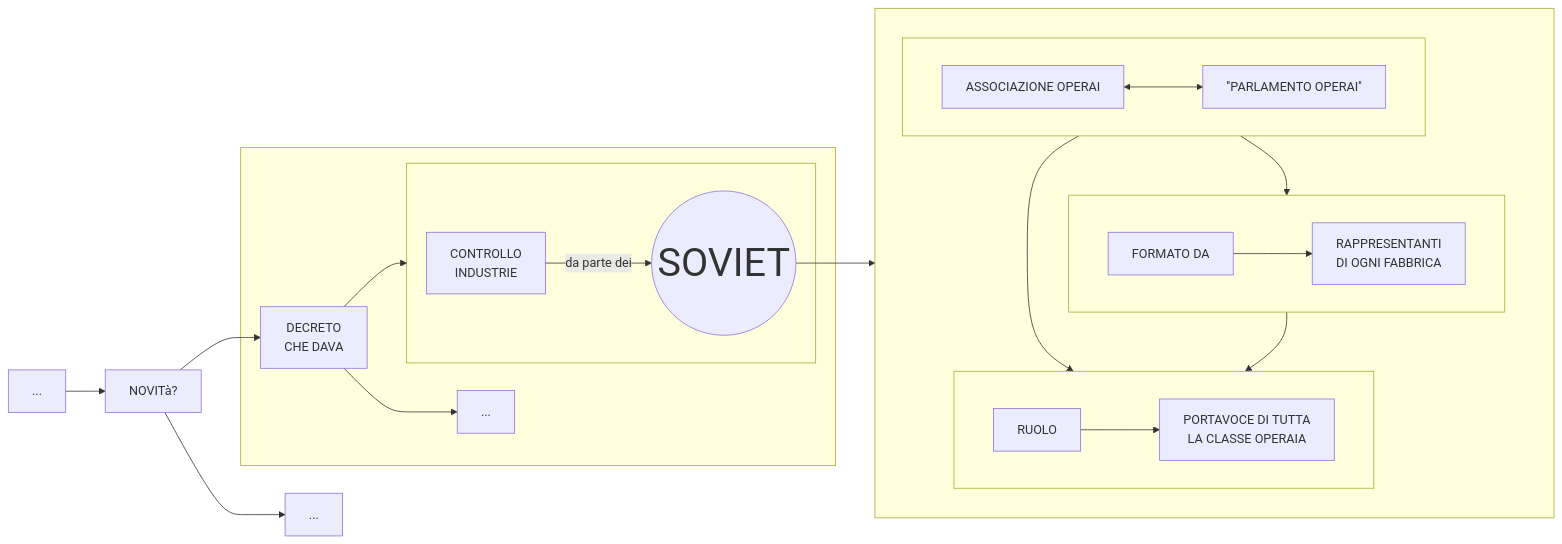
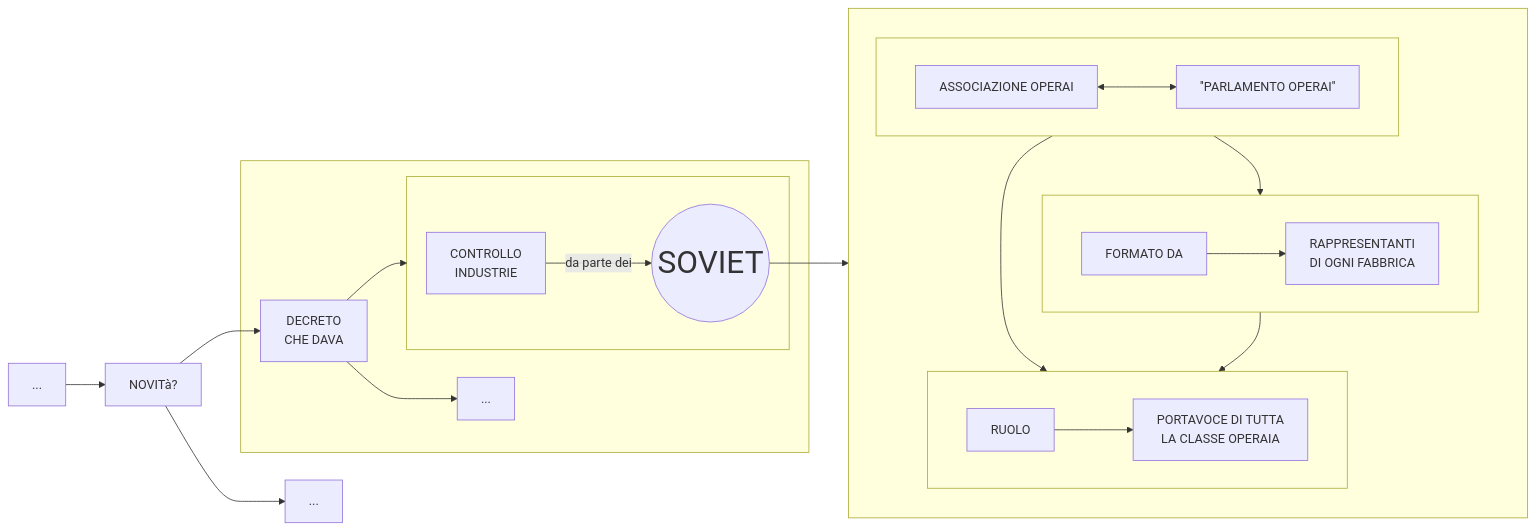
The third of 3 diagrams in stalinismo.md (Laaouatni/ricerca-storia-MermaidJS), drawn with Mermaid before and after one commit.

````diff
--- a/stalinismo.md
+++ b/stalinismo.md
@@ -77,38 +77,38 @@
 ```mermaid
 flowchart LR
     0[...] 
     01[NOVITà?]
     subgraph 013[" "]
         010[DECRETO <br> CHE DAVA]
         011[...]
         subgraph 012[" "]
             0120[CONTROLLO<br>INDUSTRIE]
-            style 01200 font-size:50px;
+            style 01200 font-size:40px;
             01200((SOVIET))
             0120 -->|da parte dei| 01200
         end
         010 --> 011 & 012
     end
     014[...]
     subgraph 05[" "]
         subgraph 02[" "]
             020[ASSOCIAZIONE OPERAI]
             021["''PARLAMENTO OPERAI''"]
             020 <-->021
         end
         subgraph 03[" "]
             030[FORMATO DA]
             0300[RAPPRESENTANTI <BR> DI OGNI FABBRICA]
             030 --> 0300
         end
         subgraph 04[" "]
             040[RUOLO]
             0400[PORTAVOCE DI TUTTA <BR> LA CLASSE OPERAIA]
             040 --> 0400
         end
     end
     02 --> 03 & 04
     03 --> 04
     01200 --> 05
     0 --> 01 --> 010 & 014
 ```
````
